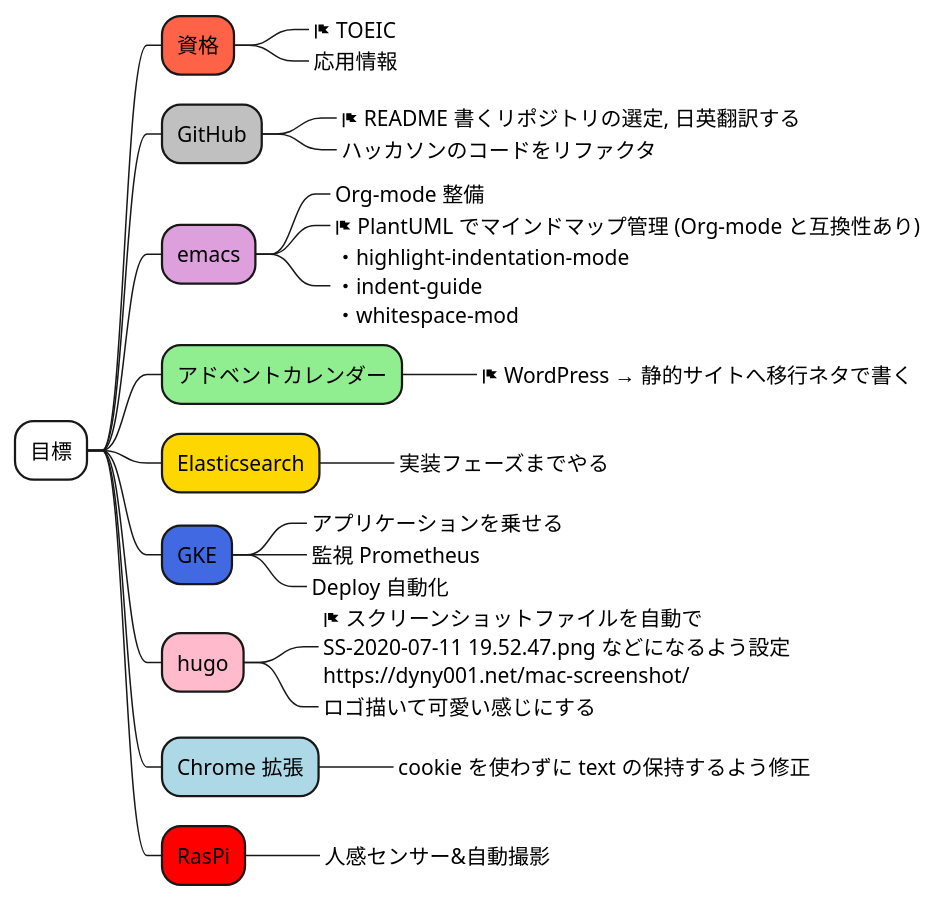
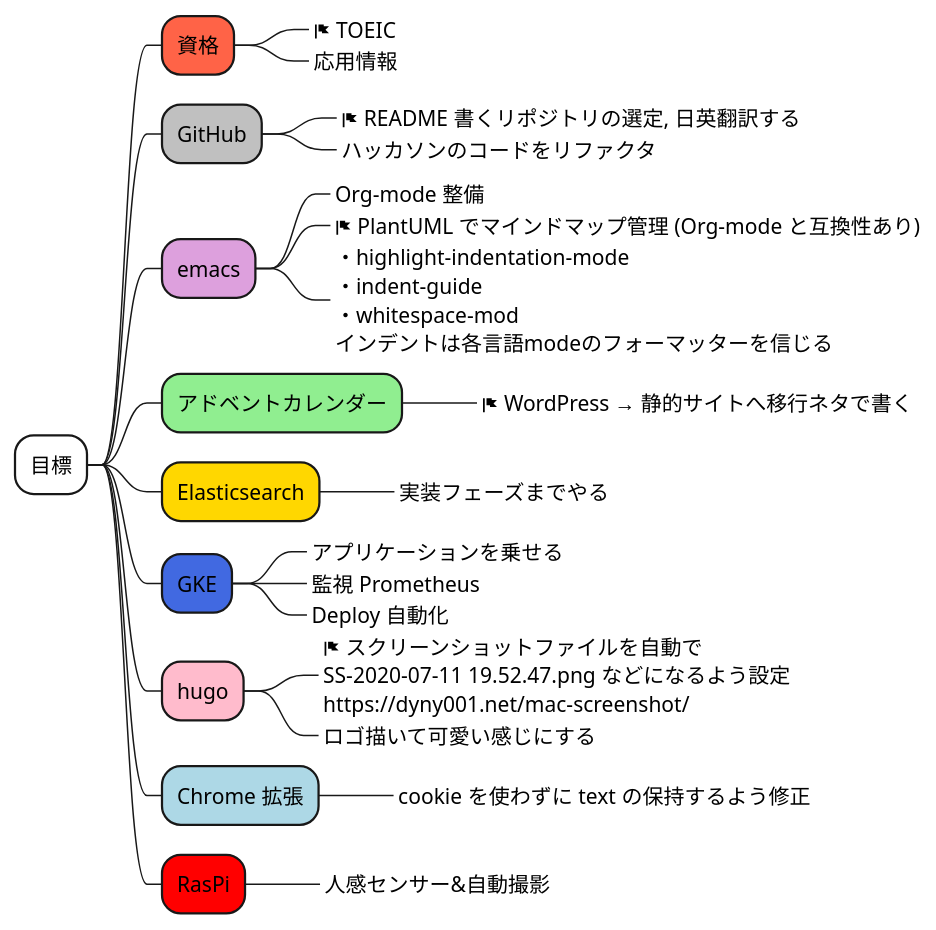
The diagram in test.puml (Ishizuka427/MindMap), drawn with PlantUML before and after one commit.

```diff
--- a/test.puml
+++ b/test.puml
@@ -1,28 +1,28 @@
 @startmindmap
 *[#white] 目標
 **[#tomato] 資格
 ***_ <&flag> TOEIC
 ***_ 応用情報
 **[#silver] GitHub
 ***_ <&flag> README 書くリポジトリの選定, 日英翻訳する
 ***_ ハッカソンのコードをリファクタ
 **[#plum] emacs
 ***_ Org-mode 整備
 ***_ <&flag> PlantUML でマインドマップ管理 (Org-mode と互換性あり)
-***_ ・highlight-indentation-mode \n・indent-guide \n・whitespace-mod
+***_ ・highlight-indentation-mode \n・indent-guide \n・whitespace-mod \nインデントは各言語modeのフォーマッターを信じる
 **[#lightgreen] アドベントカレンダー
 ***_ <&flag> WordPress → 静的サイトへ移行ネタで書く
 **[#gold] Elasticsearch
 ***_ 実装フェーズまでやる
 **[#royalblue] GKE
 ***_ アプリケーションを乗せる
 ***_ 監視 Prometheus
 ***_ Deploy 自動化 
 **[#FFBBCC] hugo
 ***_ <&flag> スクリーンショットファイルを自動で \nSS-2020-07-11 19.52.47.png などになるよう設定 \nhttps://dyny001.net/mac-screenshot/
 ***_ ロゴ描いて可愛い感じにする
 **[#lightblue] Chrome 拡張
 ***_ cookie を使わずに text の保持するよう修正
 **[#red] RasPi
 ***_ 人感センサー&自動撮影
 @endmindmap
```
